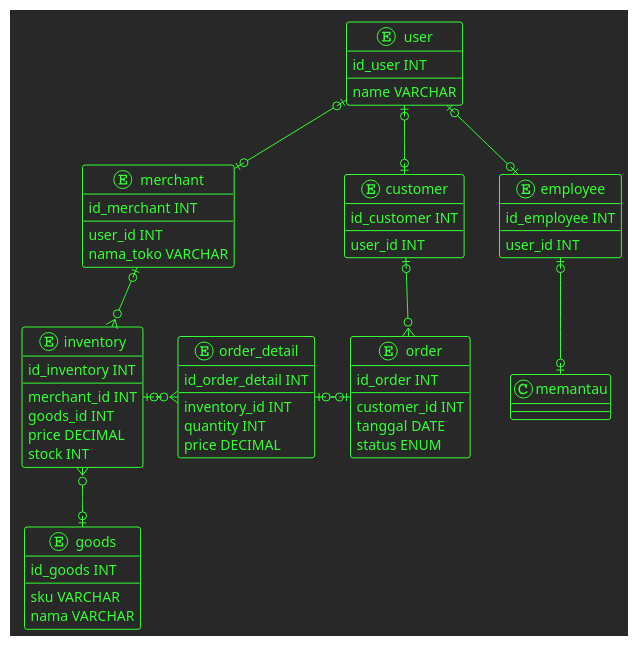
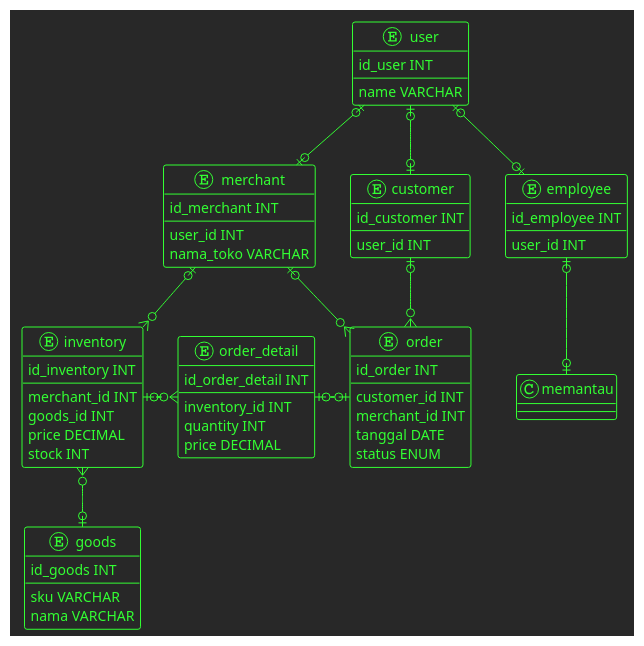
The diagram in abucom_erd.puml (kaattuu/abucom_erd), drawn with PlantUML before and after one commit. The commit also changed 1 other file, not shown here.

```diff
--- a/abucom_erd.puml
+++ b/abucom_erd.puml
@@ -1,81 +1,83 @@
 @startuml
 !theme crt-green
 ' !theme crt-amber
 
 entity user {
     id_user INT
     --
     name VARCHAR
 }
 
 entity merchant {
     id_merchant INT
     --
     user_id INT
     nama_toko VARCHAR
 }
 
 entity customer {
     id_customer INT
     --
     user_id INT
 }
 
 entity employee {
     id_employee INT
     --
     user_id INT
 }
 
 entity inventory {
     id_inventory INT
     --
     merchant_id INT
     goods_id INT
     price DECIMAL
     stock INT
 }
 
 entity order {
     id_order INT
     --
     customer_id INT
+    merchant_id INT
     tanggal DATE
     status ENUM
 }
 
 entity order_detail {
     id_order_detail INT
     --
     inventory_id INT
     quantity INT
     price DECIMAL
 }
 
 entity goods {
     id_goods INT
     --
     sku VARCHAR
     nama VARCHAR
 }
 
 
 
 
 user |o--o| merchant
 user |o--o| customer
 user |o--o| employee
 
 
 merchant |o--o{ inventory
+merchant |o--o{ order
 customer |o--o{ order
 employee |o--o| memantau
 
 inventory |o-o{ order_detail
 inventory }o--o| goods
 
 order_detail |o-o| order
 
 
 
 @enduml
```
